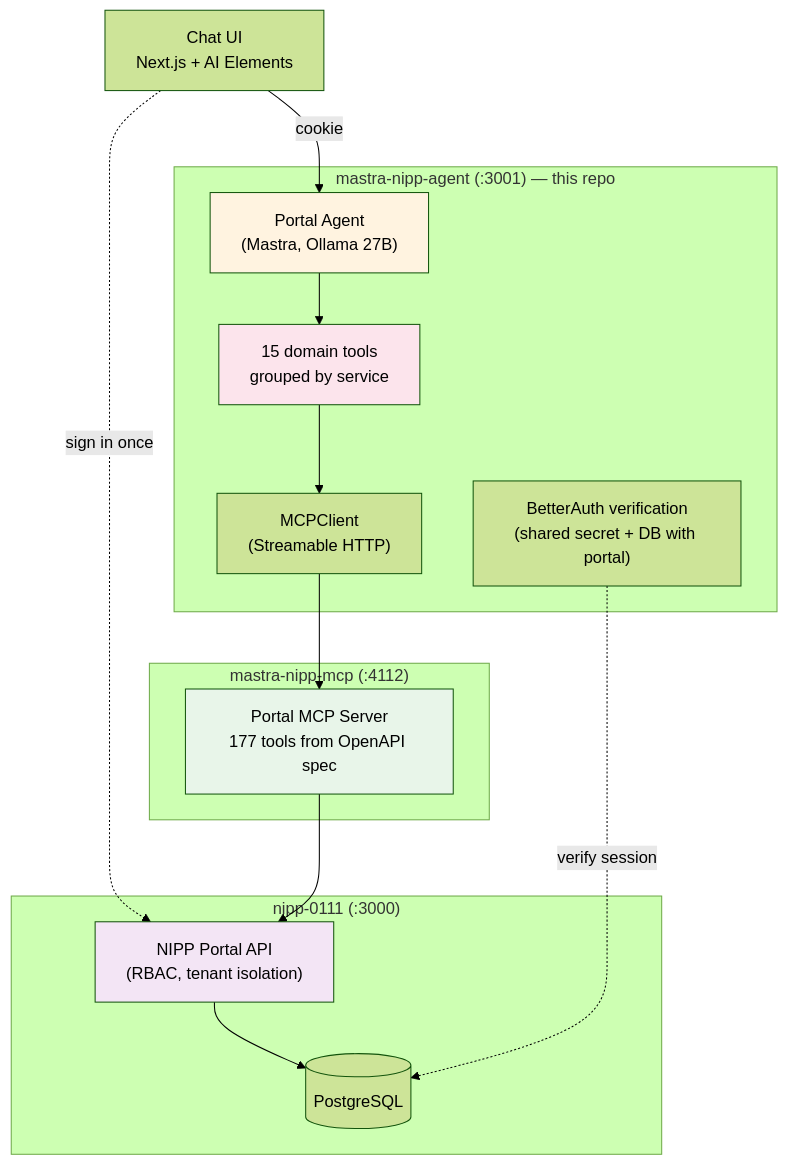
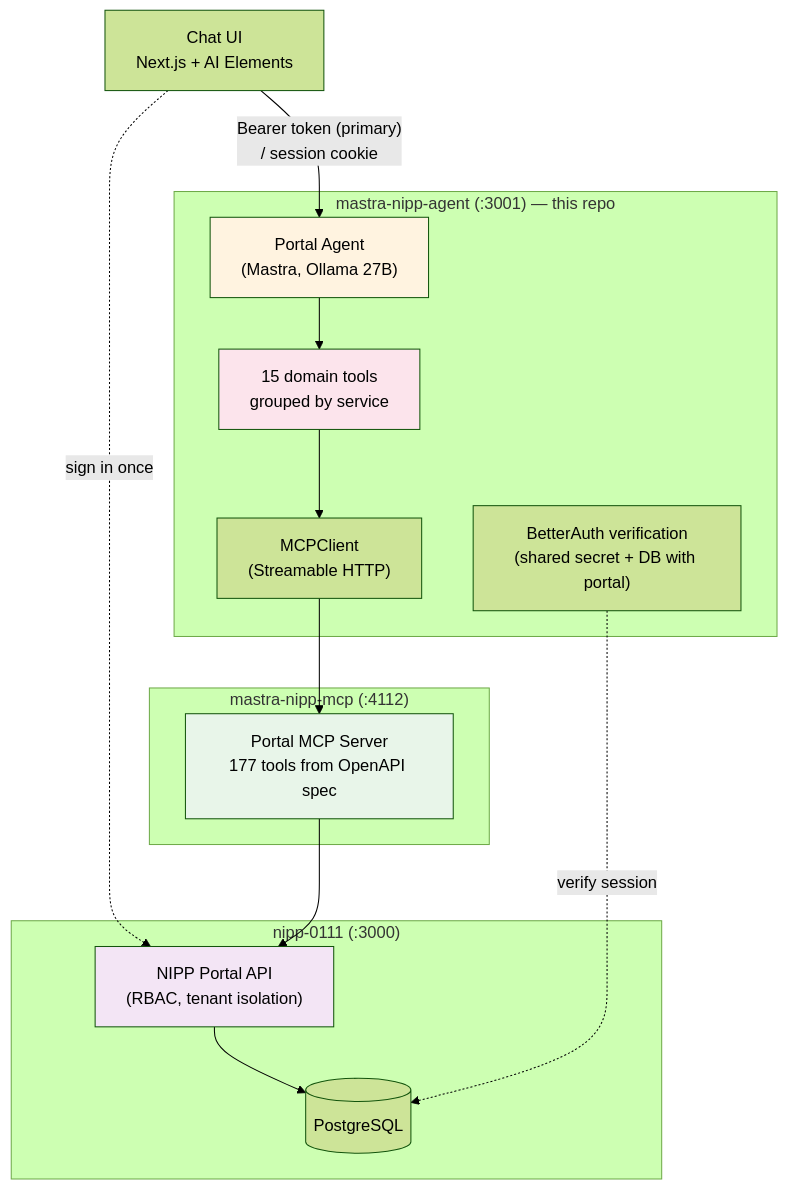
One commit to johnlynas/mastra-nipp-agent changed the first of 2 diagrams in README.md. Above: the diagram before and after it, drawn with Mermaid (forest theme). The commit also changed other lines of this file, not shown here.

First line of the commit message:
docs(readme): document two-doored auth for embedded chat UI

````diff
--- a/README.md
+++ b/README.md
@@ -15,29 +15,29 @@
 ```mermaid
 graph TB
-    UI["Chat UI<br/>Next.js + AI Elements"] -->|cookie| AGENT
+    UI["Chat UI<br/>Next.js + AI Elements"] -->|"Bearer token (primary)<br/>/ session cookie"| AGENT
 
     subgraph "mastra-nipp-agent (:3001) — this repo"
         AGENT["Portal Agent<br/>(Mastra, Ollama 27B)"]
         TOOLS["15 domain tools<br/>grouped by service"]
         MCP_CLIENT["MCPClient<br/>(Streamable HTTP)"]
         AUTH["BetterAuth verification<br/>(shared secret + DB with portal)"]
     end
 
     subgraph "mastra-nipp-mcp (:4112)"
         MCP_SERVER["Portal MCP Server<br/>177 tools from OpenAPI spec"]
     end
 
     subgraph "nipp-0111 (:3000)"
         PORTAL["NIPP Portal API<br/>(RBAC, tenant isolation)"]
         DB[("PostgreSQL")]
     end
 
     UI -.->|"sign in once"| PORTAL
     AGENT --> TOOLS --> MCP_CLIENT --> MCP_SERVER --> PORTAL --> DB
     AUTH -.->|verify session| DB
 
     style AGENT fill:#fff3e0
     style TOOLS fill:#fce4ec
     style MCP_SERVER fill:#e8f5e9
     style PORTAL fill:#f3e5f5
 ```
````
